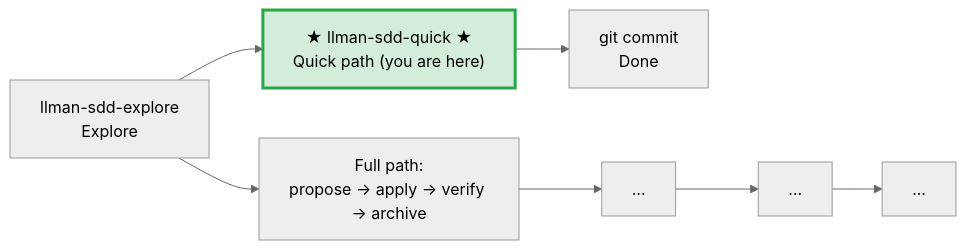
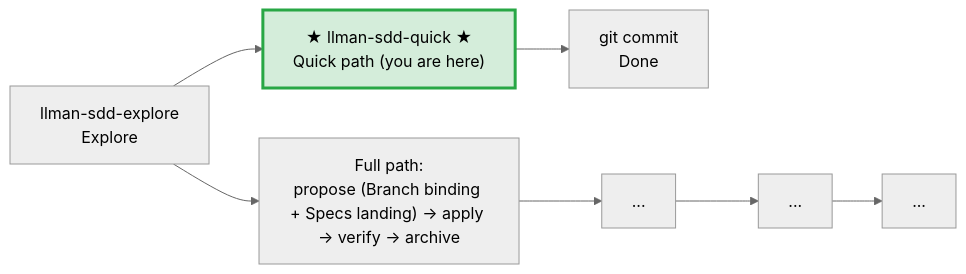
Before and after one commit to StrayDragon/dapz: the diagram in .agents/skills/llman-sdd-quick/SKILL.md, drawn with Mermaid (neutral theme). The commit also changed other lines of this file and 31 other files, not shown here.

````diff
--- a/.agents/skills/llman-sdd-quick/SKILL.md
+++ b/.agents/skills/llman-sdd-quick/SKILL.md
@@ -17,14 +17,14 @@
 ```mermaid
 flowchart LR
     explore["llman-sdd-explore<br/>Explore"] --> quick
 
     quick["★ llman-sdd-quick ★<br/>Quick path (you are here)"]
     quick --> commit["git commit<br/>Done"]
 
-    explore --> propose["Full path:<br/>propose → apply → verify → archive"]
+    explore --> propose["Full path:<br/>propose (Branch binding + Specs landing) → apply → verify → archive"]
     propose --> apply["..."]
     apply --> verify["..."]
     verify --> archive["..."]
 
     style quick fill:#d4edda,stroke:#28a745,stroke-width:3px
 ```
````
